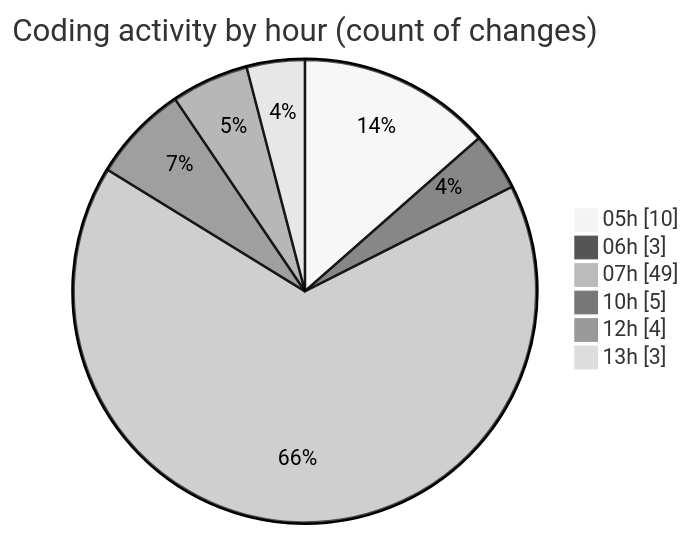
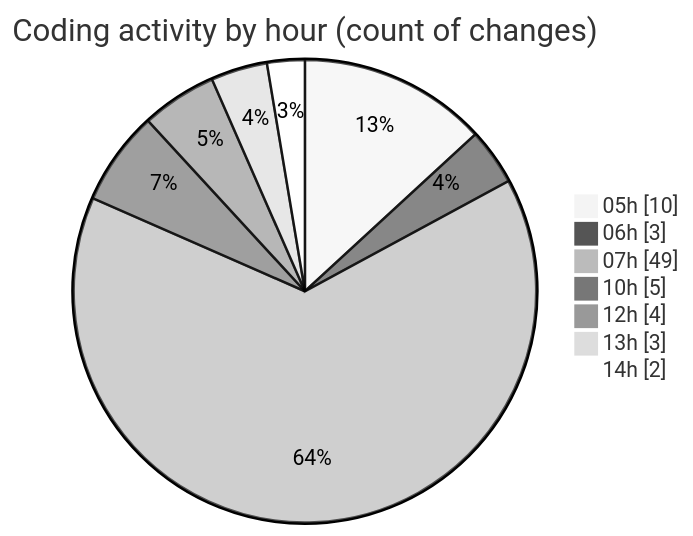
The second of 2 diagrams in 2025-09-06/shop/README.md (vahidmafi/code-tracking), drawn with Mermaid (neutral theme) before and after one commit. The commit also changed other lines of this file and 1 other file, not shown here.

````diff
--- a/2025-09-06/shop/README.md
+++ b/2025-09-06/shop/README.md
@@ -46,10 +46,11 @@
 ```mermaid
 pie showData
 title Coding activity by hour (count of changes)
 "05h" : 10
 "06h" : 3
 "07h" : 49
 "10h" : 5
 "12h" : 4
 "13h" : 3
+"14h" : 2
 ```
````
